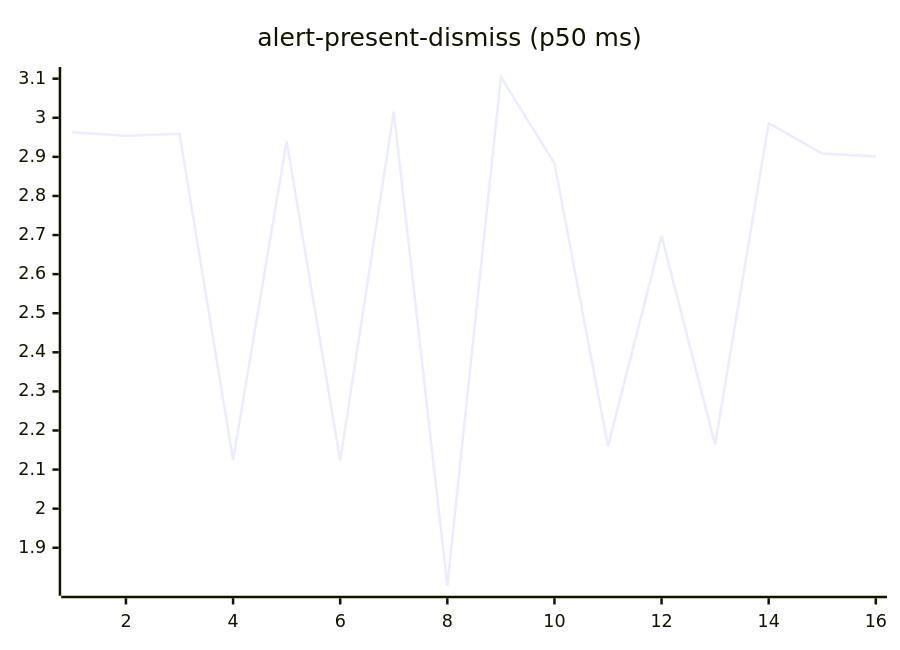
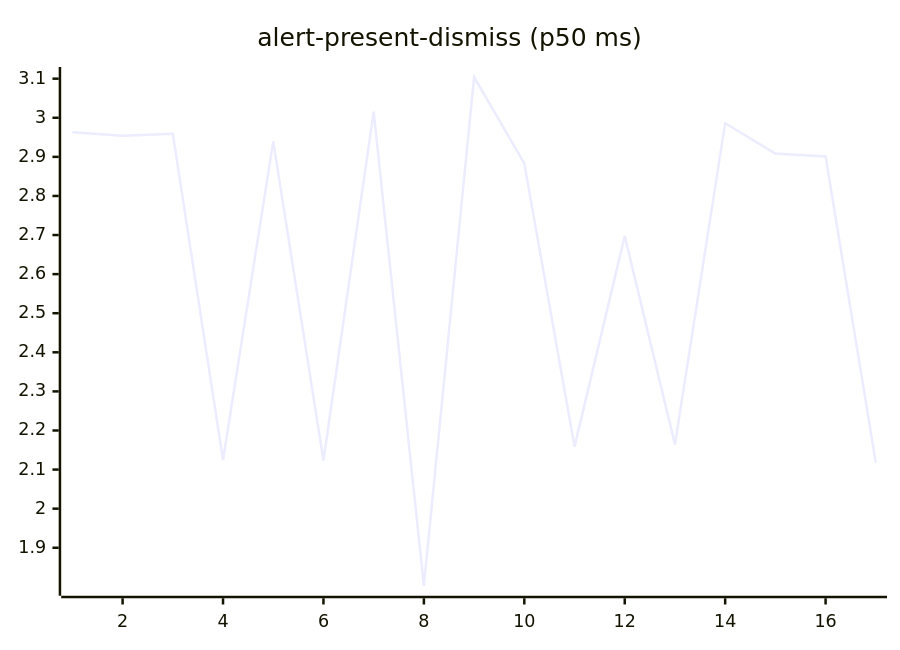
One commit to josha/Facet changed the second of 27 diagrams in README.md. Above: the diagram before and after it, drawn with Mermaid. The commit also changed other lines of this file and 2 other files, not shown here.

````diff
--- a/README.md
+++ b/README.md
@@ -70,6 +70,6 @@
 ```mermaid
 xychart-beta
     title "alert-present-dismiss (p50 ms)"
-    x-axis 1 --> 16
-    line [2.9632, 2.9538, 2.9589, 2.1244, 2.9396, 2.1232, 3.0157, 1.8028, 3.1043, 2.8834, 2.1588, 2.6974, 2.1643, 2.9862, 2.9085, 2.9011]
+    x-axis 1 --> 17
+    line [2.9632, 2.9538, 2.9589, 2.1244, 2.9396, 2.1232, 3.0157, 1.8028, 3.1043, 2.8834, 2.1588, 2.6974, 2.1643, 2.9862, 2.9085, 2.9011, 2.1177]
 ```
````
